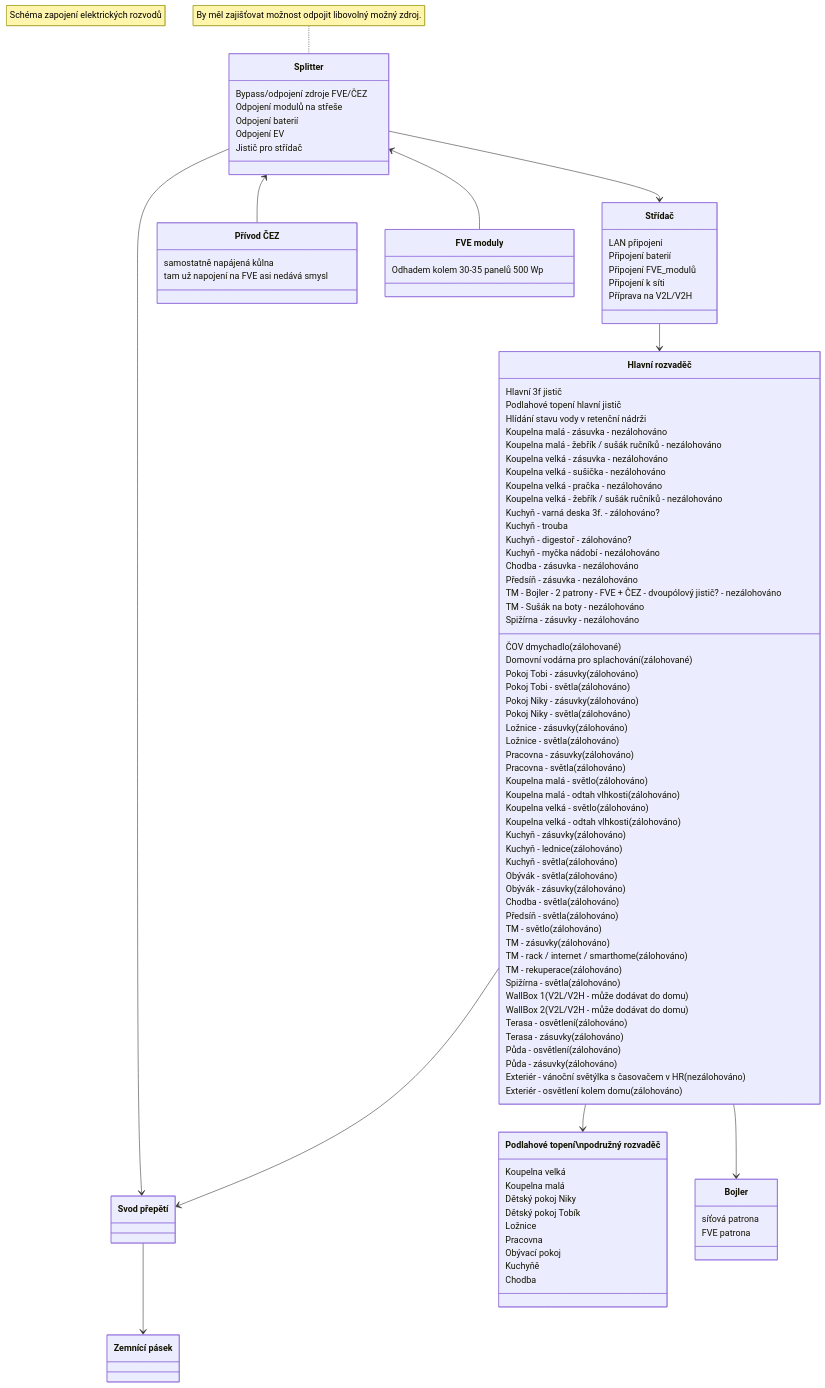
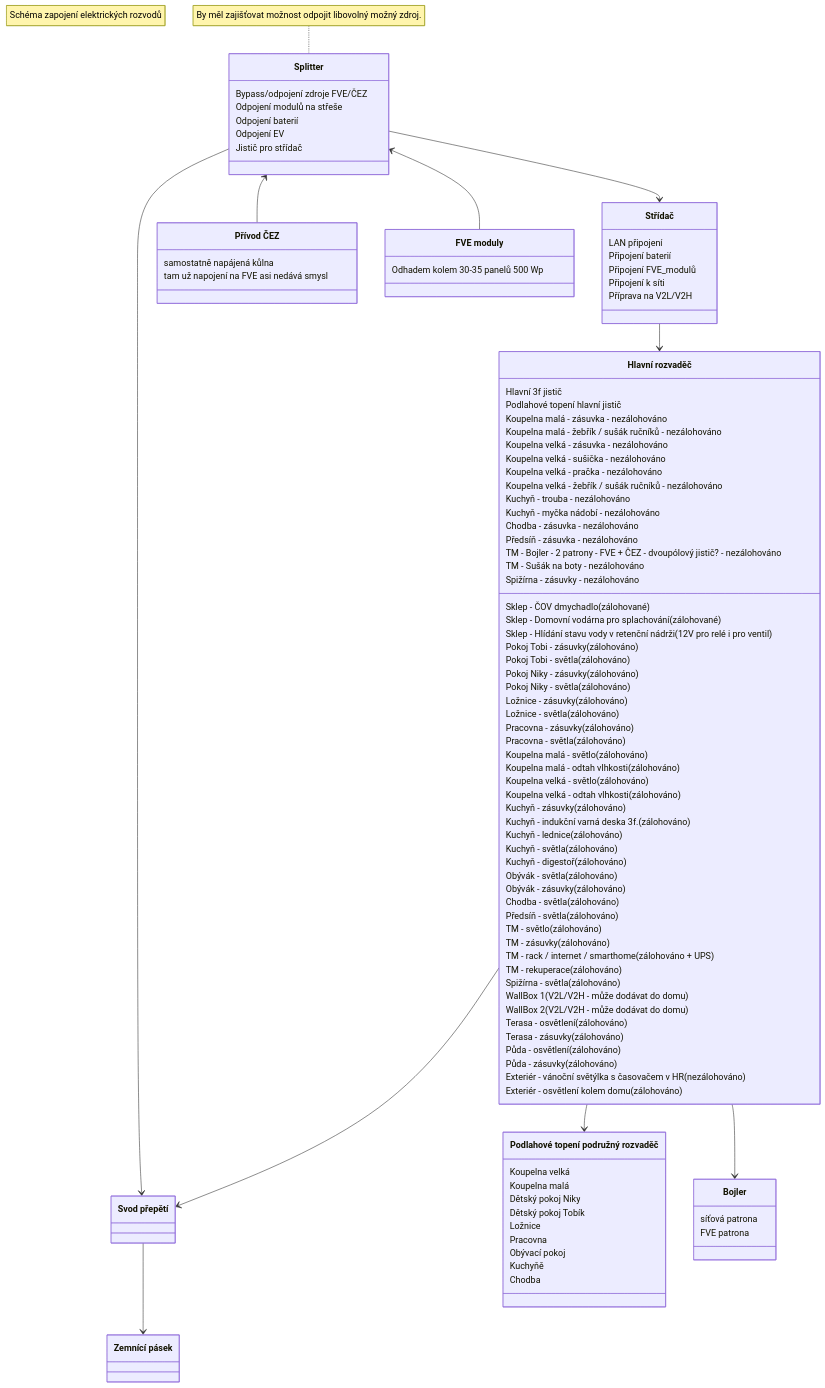
Before and after one commit to mtrakal/smrci: the first of 2 diagrams in Elektrika.md, drawn with Mermaid. The commit also changed other lines of this file and 4 other files, not shown here.

```diff
--- a/Elektrika.md
+++ b/Elektrika.md
@@ -56,9 +57,9 @@
     Hlavní 3f jistič
     Podlahové topení hlavní jistič
     
-    ČOV dmychadlo (zálohované)
-    Domovní vodárna pro splachování (zálohované)
-    Hlídání stavu vody v retenční nádrži
+    Sklep - ČOV dmychadlo (zálohované)
+    Sklep - Domovní vodárna pro splachování (zálohované)
+    Sklep - Hlídání stavu vody v retenční nádrži (12V pro relé i pro ventil)
     
     Pokoj Tobi - zásuvky (zálohováno)
     Pokoj Tobi - světla (zálohováno)
@@ -85,11 +86,11 @@
     Koupelna velká - žebřík / sušák ručníků - nezálohováno
 
     Kuchyň - zásuvky (zálohováno)
-    Kuchyň - varná deska 3f. - zálohováno?
+    Kuchyň - indukční varná deska 3f. (zálohováno)
     Kuchyň - lednice (zálohováno)
-    Kuchyň - trouba
+    Kuchyň - trouba - nezálohováno
     Kuchyň - světla (zálohováno)
-    Kuchyň - digestoř - zálohováno?
+    Kuchyň - digestoř (zálohováno)
     Kuchyň - myčka nádobí - nezálohováno
     
     Obývák - světla (zálohováno)
@@ -103,7 +104,7 @@
     
     TM - světlo (zálohováno)
     TM - zásuvky (zálohováno)
-    TM - rack / internet / smarthome (zálohováno)
+    TM - rack / internet / smarthome (zálohováno + UPS)
     TM - rekuperace (zálohováno)
     TM - Bojler - 2 patrony - FVE + ČEZ - dvoupólový jistič? - nezálohováno
     TM - Sušák na boty - nezálohováno
@@ -159,7 +160,7 @@
     FVE patrona
   }
 
-  class PodlahovéTopeníPR["Podlahové topení\npodružný rozvaděč"] {
+  class PodlahovéTopeníPR["Podlahové topení podružný rozvaděč"] {
     Koupelna velká
     Koupelna malá
     Dětský pokoj Niky
```
